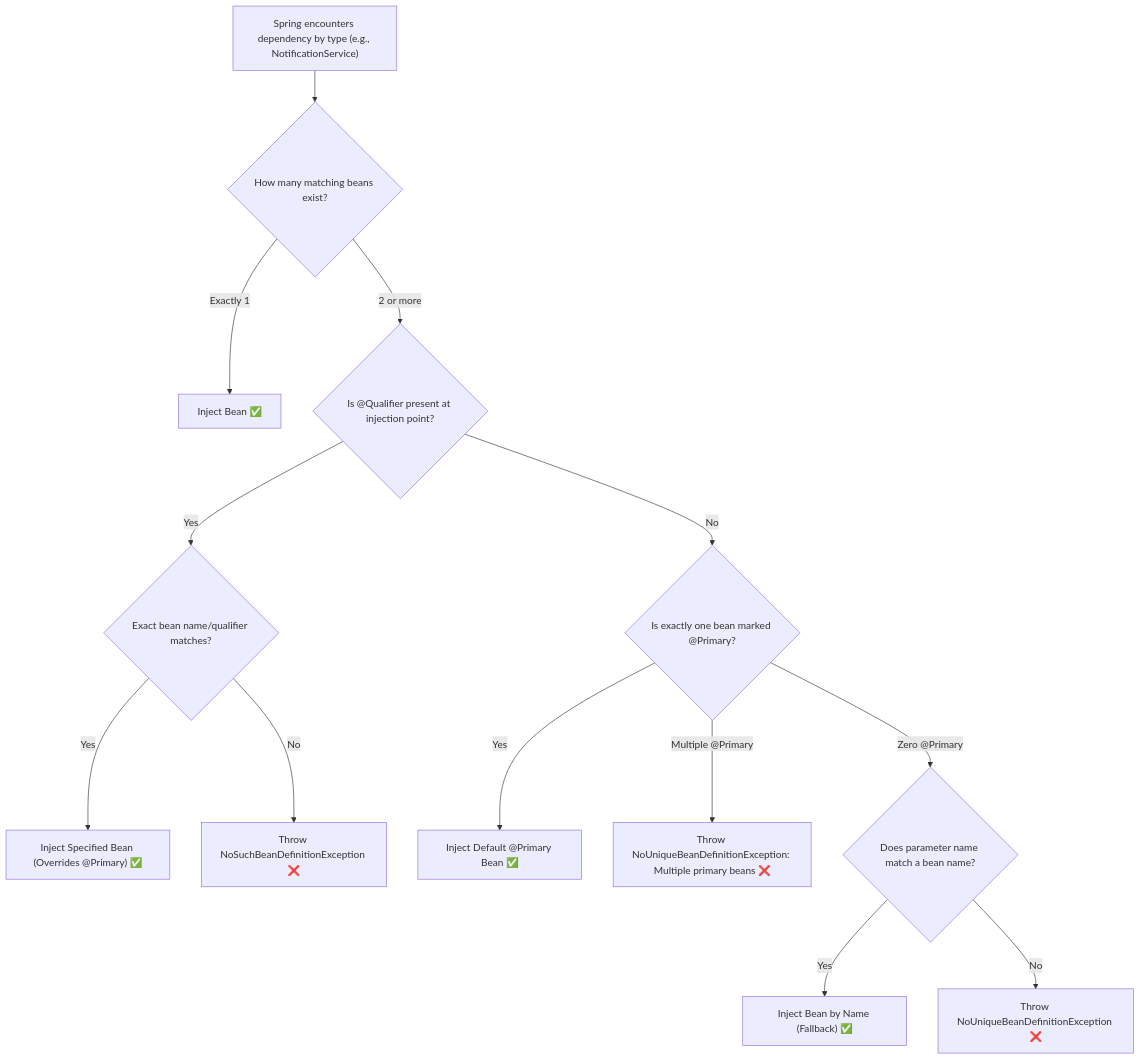
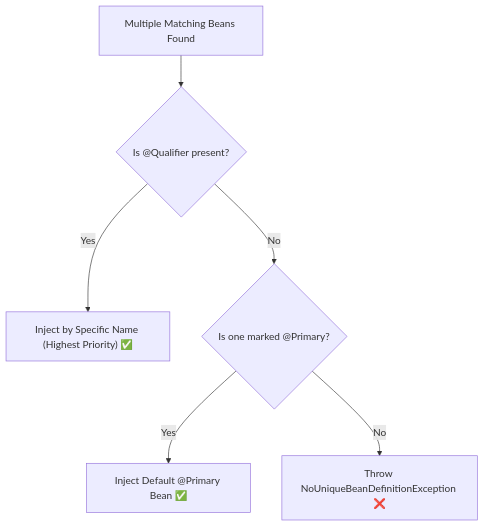
Before and after one commit to rohithgowda18/Notes: diagram 11 of 22 in 06-Java-and-Spring-Boot/Spring Boot Interview Guide.md, drawn with Mermaid. The commit also changed other lines of this file, not shown here.

Commit message:
docs(spring): streamline Sections 18 & 19 with concise explanations and standard tutorial code

````diff
--- a/06-Java-and-Spring-Boot/Spring Boot Interview Guide.md
+++ b/06-Java-and-Spring-Boot/Spring Boot Interview Guide.md
@@ -633,18 +621,8 @@
 ```mermaid
 flowchart TD
-    Start["Spring encounters dependency by type (e.g., NotificationService)"] --> CheckCandidates{"How many matching beans exist?"}
-    CheckCandidates -- "Exactly 1" --> Inject["Inject Bean ✅"]
-    CheckCandidates -- "2 or more" --> CheckQualifier{"Is @Qualifier present at injection point?"}
-    
-    CheckQualifier -- "Yes" --> MatchQualifier{"Exact bean name/qualifier matches?"}
-    MatchQualifier -- "Yes" --> InjectQ["Inject Specified Bean (Overrides @Primary) ✅"]
-    MatchQualifier -- "No" --> Err1["Throw NoSuchBeanDefinitionException ❌"]
-    
-    CheckQualifier -- "No" --> CheckPrimary{"Is exactly one bean marked @Primary?"}
-    CheckPrimary -- "Yes" --> InjectP["Inject Default @Primary Bean ✅"]
-    CheckPrimary -- "Multiple @Primary" --> Err2["Throw NoUniqueBeanDefinitionException: Multiple primary beans ❌"]
-    CheckPrimary -- "Zero @Primary" --> CheckName{"Does parameter name match a bean name?"}
-    
-    CheckName -- "Yes" --> InjectName["Inject Bean by Name (Fallback) ✅"]
-    CheckName -- "No" --> Err3["Throw NoUniqueBeanDefinitionException ❌"]
+    Candidate["Multiple Matching Beans Found"] --> CheckQ{"Is @Qualifier present?"}
+    CheckQ -- "Yes" --> Q["Inject by Specific Name (Highest Priority) ✅"]
+    CheckQ -- "No" --> CheckP{"Is one marked @Primary?"}
+    CheckP -- "Yes" --> P["Inject Default @Primary Bean ✅"]
+    CheckP -- "No" --> Err["Throw NoUniqueBeanDefinitionException ❌"]
 ```
````
